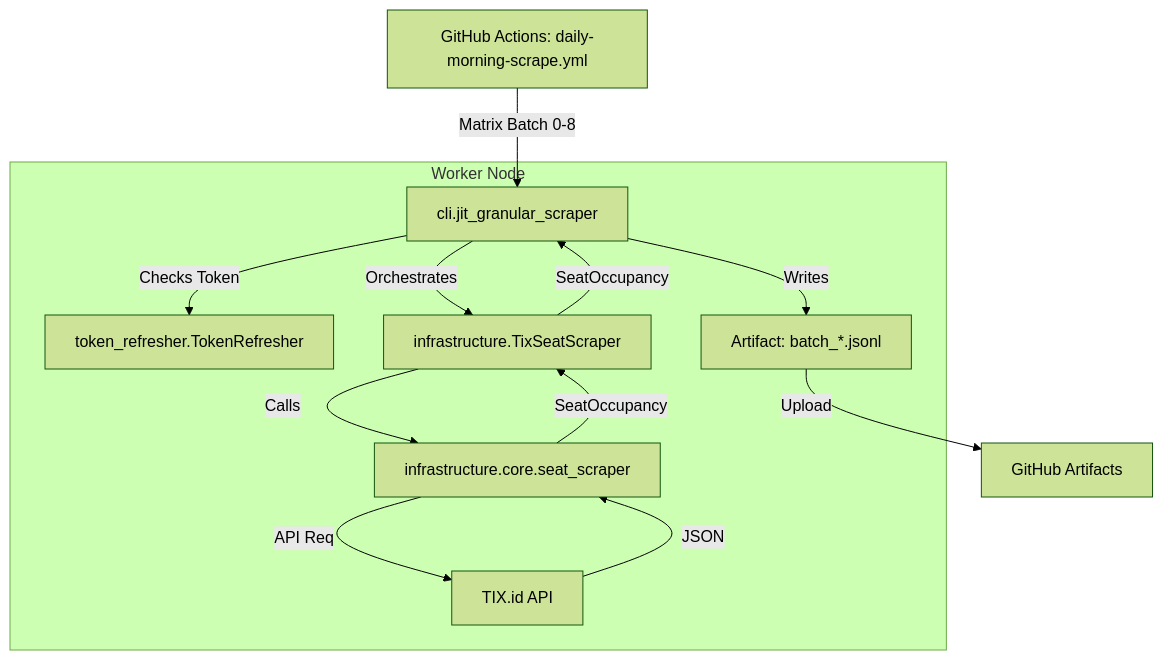
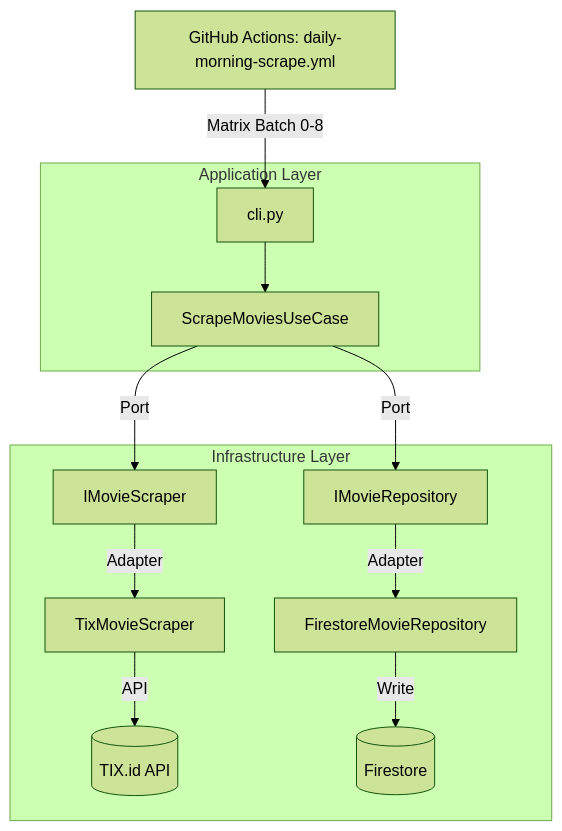
Before and after one commit to okihita/CineRadar: the first of 4 diagrams in backend/README.md, drawn with Mermaid (forest theme). The commit also changed other lines of this file and 5 other files, not shown here.

Commit message:
docs: comprehensive architectural documentation and call graphs

````diff
--- a/backend/README.md
+++ b/backend/README.md
@@ -35,20 +35,19 @@
 ```mermaid
 flowchart TD
-    GH[GitHub Actions: daily-morning-scrape.yml] -->|Matrix Batch 0-8| CLI[cli.jit_granular_scraper]
+    GH[GitHub Actions: daily-morning-scrape.yml] -->|Matrix Batch 0-8| CLI[cli.py]
     
-    subgraph "Worker Node"
-        CLI -->|Checks Token| TR[token_refresher.TokenRefresher]
-        CLI -->|Orchestrates| TS[infrastructure.TixSeatScraper]
+    subgraph "Application Layer"
+        CLI --> UC[ScrapeMoviesUseCase]
+    end
+
+    subgraph "Infrastructure Layer"
+        UC -->|Port| MS[IMovieScraper]
+        UC -->|Port| MR[IMovieRepository]
         
-        TS -->|Calls| LS[infrastructure.core.seat_scraper]
-        LS -->|API Req| TIX[TIX.id API]
+        MS -->|Adapter| TMS[TixMovieScraper]
+        MR -->|Adapter| FMR[FirestoreMovieRepository]
         
-        TIX -->|JSON| LS
-        LS -->|SeatOccupancy| TS
-        TS -->|SeatOccupancy| CLI
-        
-        CLI -->|Writes| JSONL[Artifact: batch_*.jsonl]
+        TMS -->|API| TIX[(TIX.id API)]
+        FMR -->|Write| FS[(Firestore)]
     end
-    
-    JSONL -->|Upload| GA[GitHub Artifacts]
 ```
````
